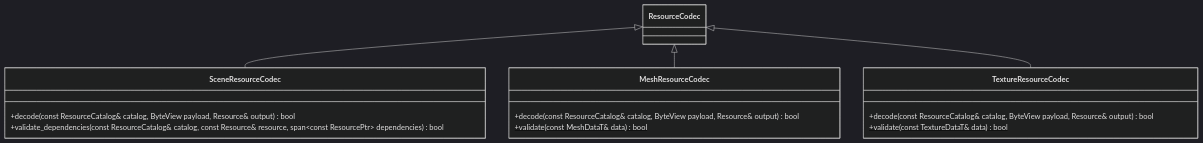
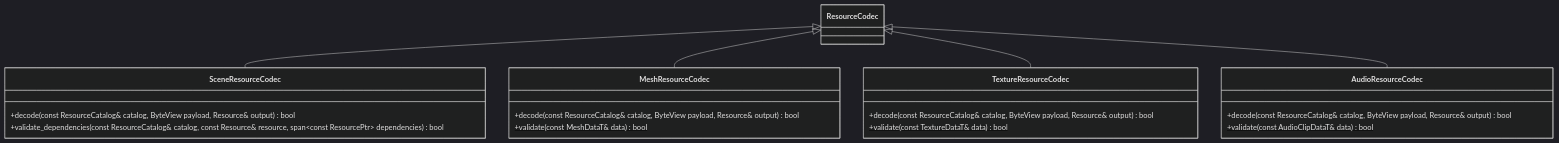
Before and after one commit to lcals/Engine: the second of 3 diagrams in docs/runtime/class-diagrams/resource-codecs.md, drawn with Mermaid (dark theme). The commit also changed other lines of this file and 114 other files, not shown here.

````diff
--- a/docs/runtime/class-diagrams/resource-codecs.md
+++ b/docs/runtime/class-diagrams/resource-codecs.md
@@ -40,19 +41,24 @@
 ```mermaid
 classDiagram
     class ResourceCodec
     class SceneResourceCodec {
         +decode(const ResourceCatalog& catalog, ByteView payload, Resource& output) bool
         +validate_dependencies(const ResourceCatalog& catalog, const Resource& resource, span~const ResourcePtr~ dependencies) bool
     }
     class MeshResourceCodec {
         +decode(const ResourceCatalog& catalog, ByteView payload, Resource& output) bool
         +validate(const MeshDataT& data) bool$
     }
     class TextureResourceCodec {
         +decode(const ResourceCatalog& catalog, ByteView payload, Resource& output) bool
         +validate(const TextureDataT& data) bool$
     }
+    class AudioResourceCodec {
+        +decode(const ResourceCatalog& catalog, ByteView payload, Resource& output) bool
+        +validate(const AudioClipDataT& data) bool$
+    }
     ResourceCodec <|-- SceneResourceCodec
     ResourceCodec <|-- MeshResourceCodec
     ResourceCodec <|-- TextureResourceCodec
+    ResourceCodec <|-- AudioResourceCodec
 ```
````
